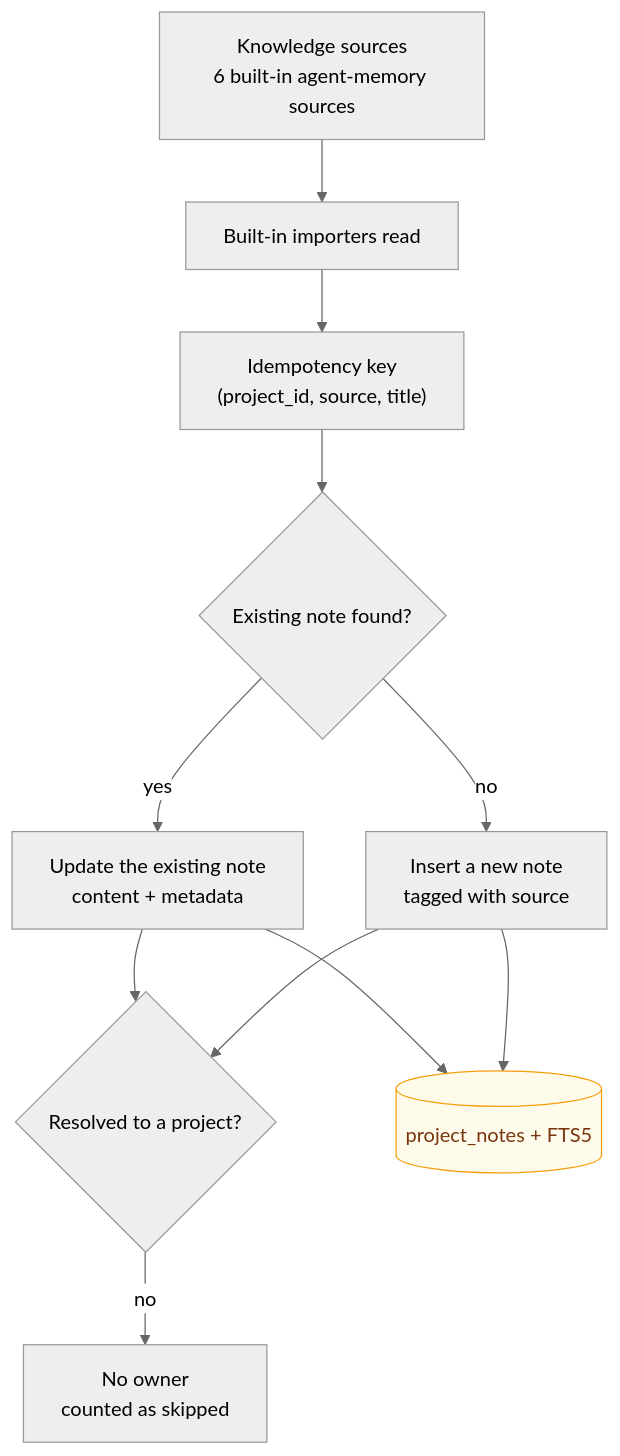
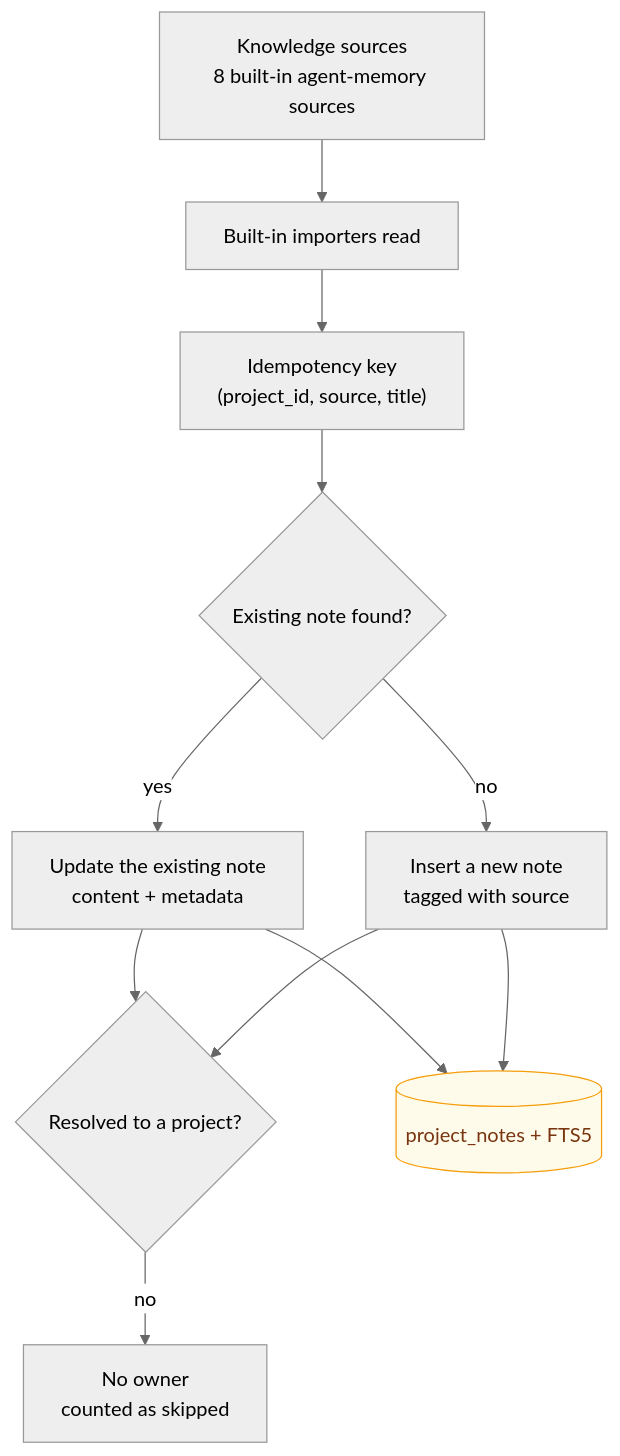
The diagram in docs/en/plugins/overview.md (sky-jiangcheng/repo-nest), drawn with Mermaid (neutral theme) before and after one commit. The commit also changed other lines of this file and 33 other files, not shown here.

First line of the commit message:
feat(importers): 自动发现并定时同步 agent 记忆，来源类型用户可见（ADR-0022）

````diff
--- a/docs/en/plugins/overview.md
+++ b/docs/en/plugins/overview.md
@@ -12,15 +12,15 @@
 ```mermaid
 flowchart TB
-    SRC["Knowledge sources<br/>6 built-in agent-memory sources"] --> RUN["Built-in importers read"]
+    SRC["Knowledge sources<br/>8 built-in agent-memory sources"] --> RUN["Built-in importers read"]
     RUN --> KEY["Idempotency key<br/>(project_id, source, title)"]
     KEY --> HIT{"Existing note found?"}
     HIT -->|"yes"| UPD["Update the existing note<br/>content + metadata"]
     HIT -->|"no"| INS["Insert a new note<br/>tagged with source"]
     UPD --> MATCH{"Resolved to a project?"}
     INS --> MATCH
     MATCH -->|"no"| SKIP["No owner<br/>counted as skipped"]
     UPD --> DB[("project_notes + FTS5")]
     INS --> DB
         classDef store fill:#fffbeb,stroke:#f59e0b,color:#78350f
     class DB store
 ```
````
